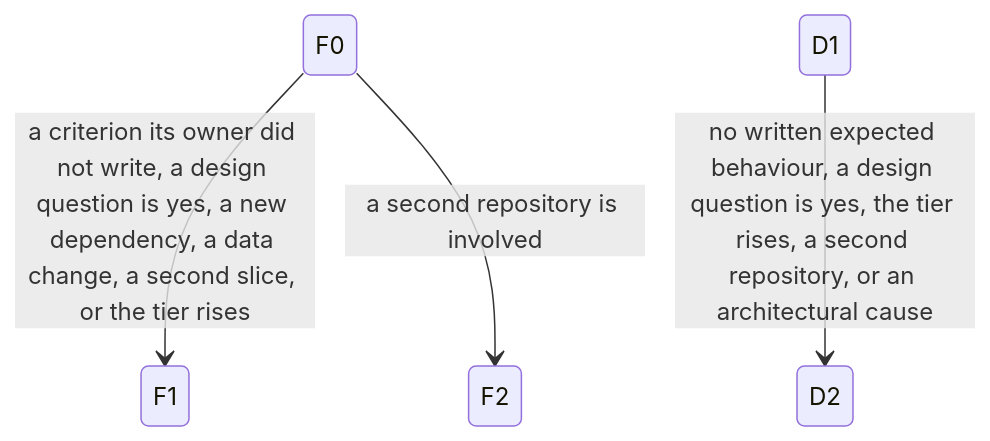
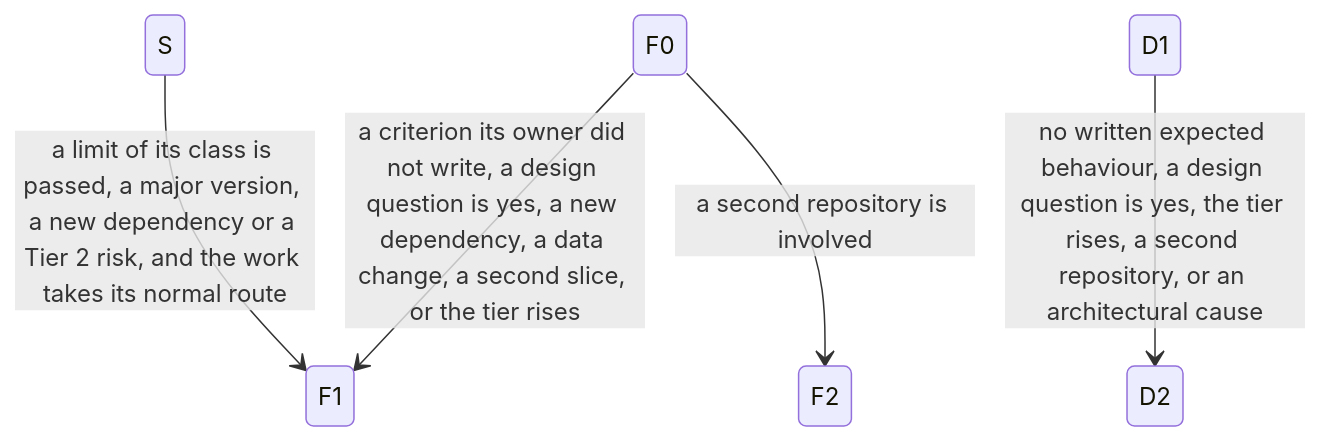
One commit to prashantsharma18/aidlc changed diagram 12 of 12 in docs/operating-model/routes.md. Above: the diagram before and after it, drawn with Mermaid. The commit also changed other lines of this file and 8 other files, not shown here.

````diff
--- a/docs/operating-model/routes.md
+++ b/docs/operating-model/routes.md
@@ -252,6 +281,7 @@
 ```mermaid
 stateDiagram-v2
     F0 --> F1: a criterion its owner did not write, a design question is yes, a new dependency, a data change, a second slice, or the tier rises
     F0 --> F2: a second repository is involved
     D1 --> D2: no written expected behaviour, a design question is yes, the tier rises, a second repository, or an architectural cause
+    S --> F1: a limit of its class is passed, a major version, a new dependency or a Tier 2 risk, and the work takes its normal route
 ```
````
